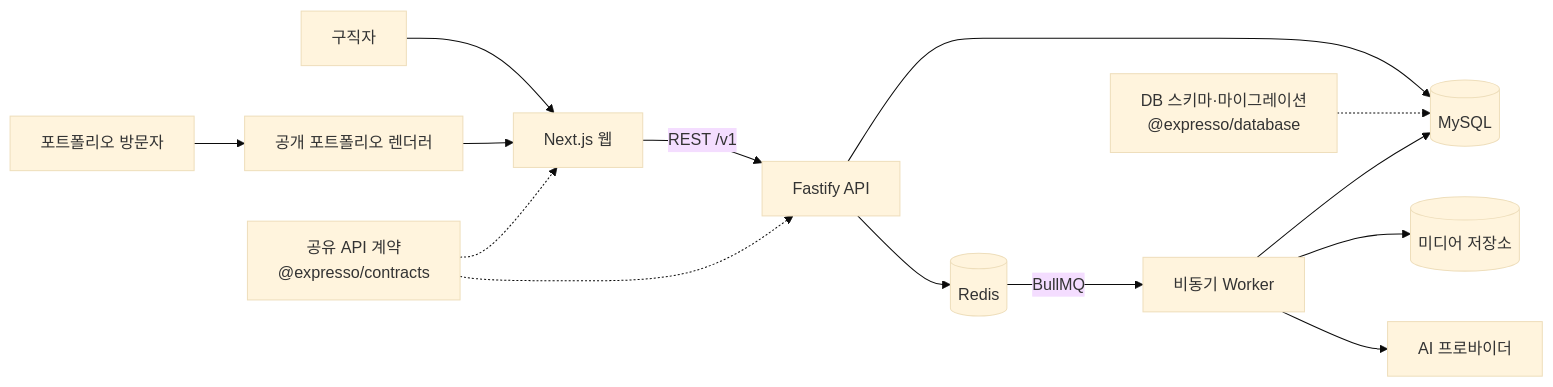
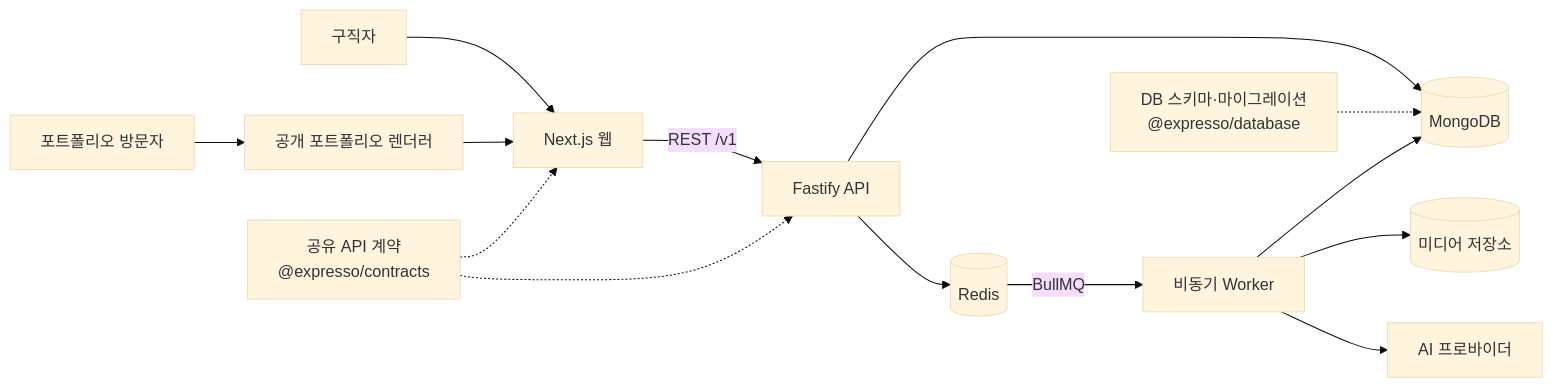
One commit to Expresso-Organization/expresso changed the diagram in README.md. Above: the diagram before and after it, drawn with Mermaid (base theme). The commit also changed other lines of this file and 37 other files, not shown here.

````diff
--- a/README.md
+++ b/README.md
@@ -121,18 +121,18 @@
 ```mermaid
 flowchart LR
     U[구직자] --> WEB[Next.js 웹]
     V[포트폴리오 방문자] --> PUBLIC[공개 포트폴리오 렌더러]
     PUBLIC --> WEB
 
     WEB -->|REST /v1| API[Fastify API]
-    API --> DB[(MySQL)]
+    API --> DB[(MongoDB)]
     API --> REDIS[(Redis)]
     REDIS -->|BullMQ| WORKER[비동기 Worker]
     WORKER --> DB
     WORKER --> MEDIA[(미디어 저장소)]
     WORKER --> AI[AI 프로바이더]
 
     CONTRACTS["공유 API 계약<br/>@expresso/contracts"] -.-> WEB
     CONTRACTS -.-> API
     DATABASE["DB 스키마·마이그레이션<br/>@expresso/database"] -.-> DB
 ```
````
